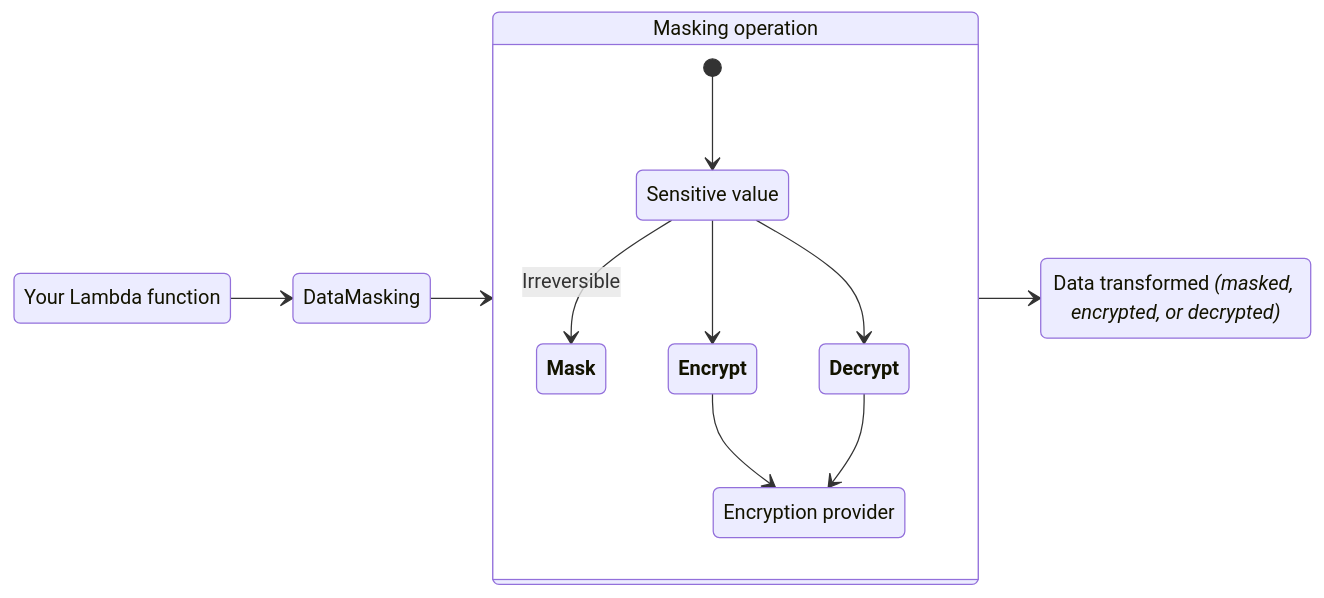
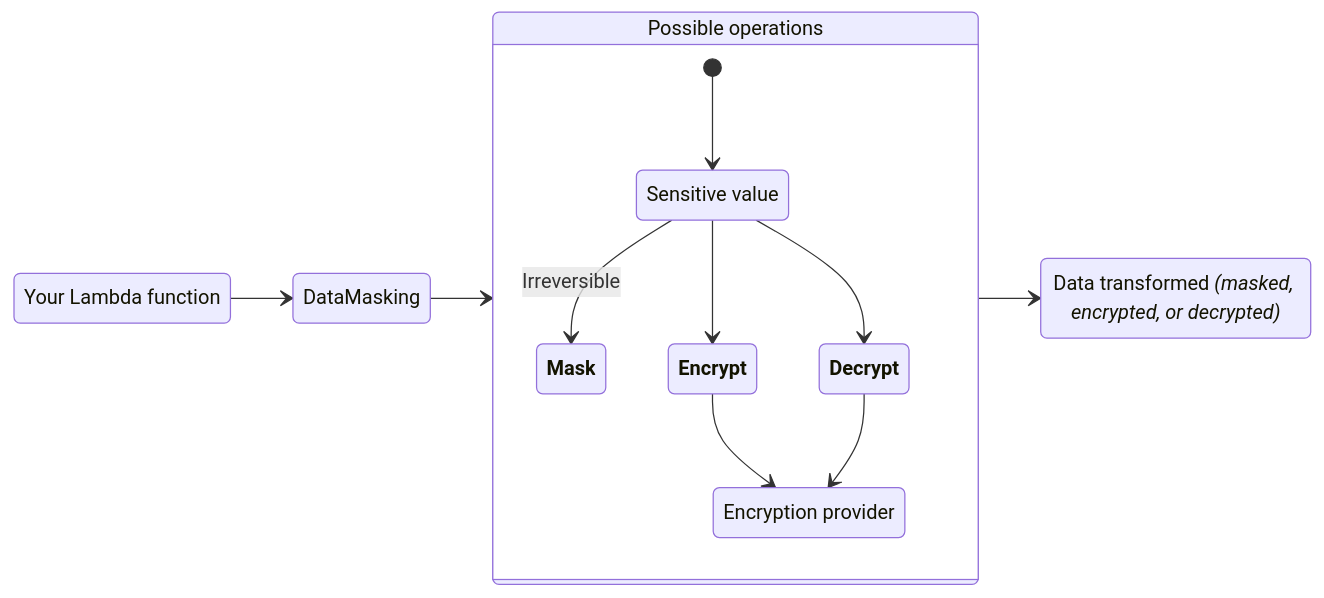
The first of 2 diagrams in docs/utilities/data_masking.md (aws-powertools/powertools-lambda-python), drawn with Mermaid before and after one commit.

Commit message:
docs: Masking to Possible Operations to remove ambiguity

````diff
--- a/docs/utilities/data_masking.md
+++ b/docs/utilities/data_masking.md
@@ -10,27 +10,27 @@
 ```mermaid
 stateDiagram-v2
     direction LR
     LambdaFn: Your Lambda function
     DataMasking: DataMasking
-    Operation: Masking operation
+    Operation: Possible operations
     Input: Sensitive value
     Mask: <strong>Mask</strong>
     Encrypt: <strong>Encrypt</strong>
     Decrypt: <strong>Decrypt</strong>
     Provider: Encryption provider
     Result: Data transformed <i>(masked, encrypted, or decrypted)</i>
 
     LambdaFn --> DataMasking
     DataMasking --> Operation
 
     state Operation {
         [*] --> Input
         Input --> Mask: Irreversible
         Input --> Encrypt
         Input --> Decrypt
         Encrypt --> Provider
         Decrypt --> Provider
     }
 
     Operation --> Result
 ```
````
